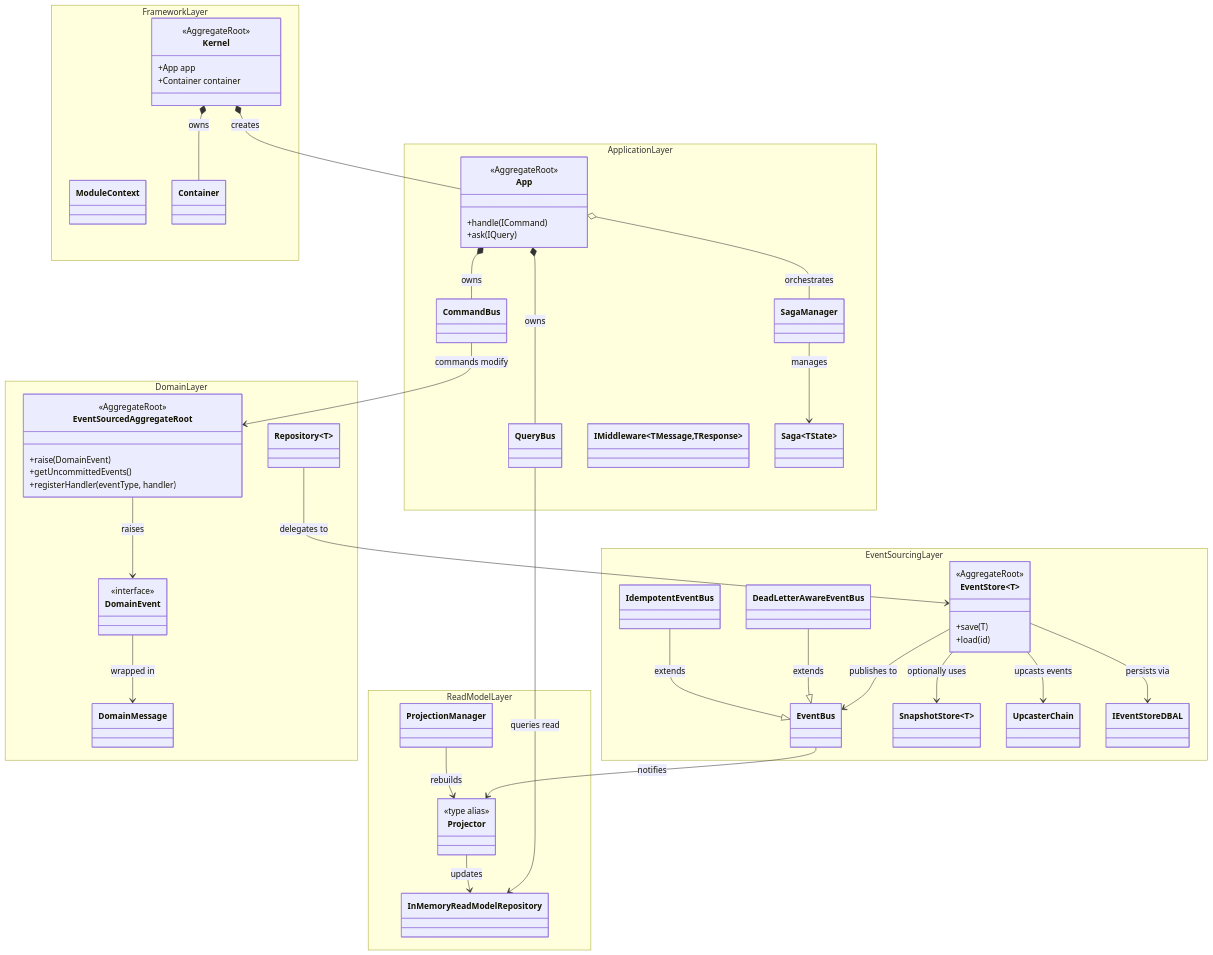
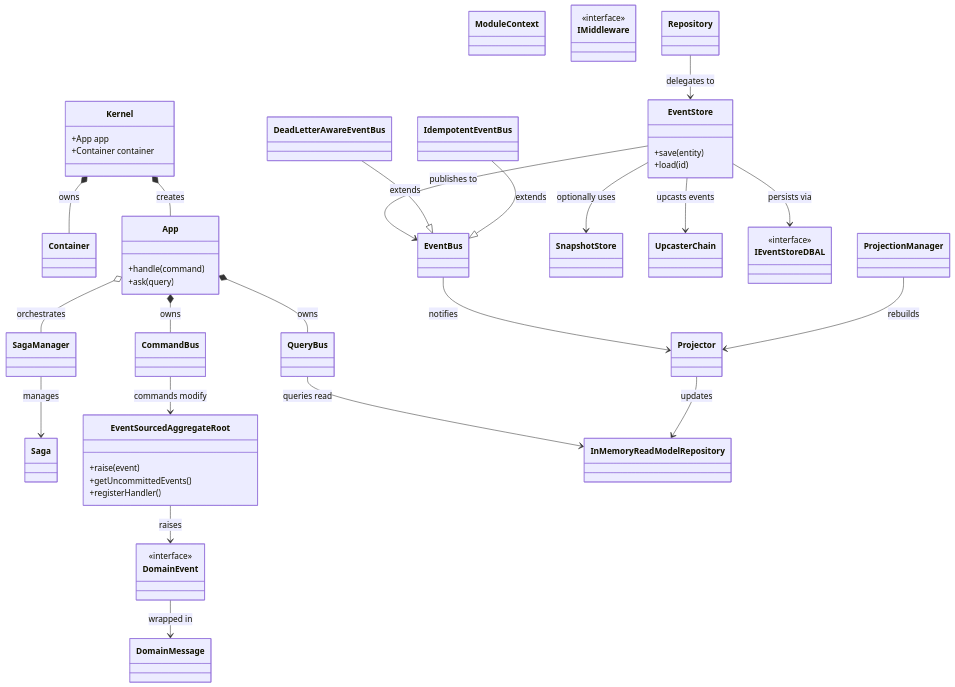
The diagram in docs/architecture/overview.md (jorge07/hollywood), drawn with Mermaid before and after one commit. The commit also changed other lines of this file and 72 other files, not shown here.

````diff
--- a/docs/architecture/overview.md
+++ b/docs/architecture/overview.md
@@ -9,65 +13,52 @@
 ```mermaid
 classDiagram
-    namespace FrameworkLayer {
-        class Kernel {
-            <<AggregateRoot>>
-            +App app
-            +Container container
-        }
-        class ModuleContext
-        class Container
+    class Kernel {
+        +App app
+        +Container container
+    }
+    class ModuleContext
+    class Container
+
+    class App {
+        +handle(command)
+        +ask(query)
+    }
+    class CommandBus
+    class QueryBus
+    class IMiddleware {
+        <<interface>>
+    }
+    class Saga
+    class SagaManager
+
+    class EventSourcedAggregateRoot {
+        +raise(event)
+        +getUncommittedEvents()
+        +registerHandler()
+    }
+    class Repository
+    class DomainEvent {
+        <<interface>>
+    }
+    class DomainMessage
+
+    class EventStore {
+        +save(entity)
+        +load(id)
+    }
+    class EventBus
+    class DeadLetterAwareEventBus
+    class IdempotentEventBus
+    class SnapshotStore
+    class UpcasterChain
+    class IEventStoreDBAL {
+        <<interface>>
     }
 
-    namespace ApplicationLayer {
-        class App {
-            <<AggregateRoot>>
-            +handle(ICommand)
-            +ask(IQuery)
-        }
-        class CommandBus
-        class QueryBus
-        class IMiddleware~TMessage,TResponse~
-        class Saga~TState~
-        class SagaManager
-    }
+    class Projector
+    class ProjectionManager
+    class InMemoryReadModelRepository
 
-    namespace DomainLayer {
-        class EventSourcedAggregateRoot {
-            <<AggregateRoot>>
-            +raise(DomainEvent)
-            +getUncommittedEvents()
-            +registerHandler(eventType, handler)
-        }
-        class Repository~T~
-        class DomainEvent {
-            <<interface>>
-        }
-        class DomainMessage
-    }
-
-    namespace EventSourcingLayer {
-        class EventStore~T~ {
-            <<AggregateRoot>>
-            +save(T)
-            +load(id)
-        }
-        class EventBus
-        class DeadLetterAwareEventBus
-        class IdempotentEventBus
-        class SnapshotStore~T~
-        class UpcasterChain
-        class IEventStoreDBAL
-    }
-
-    namespace ReadModelLayer {
-        class Projector {
-            <<type alias>>
-        }
-        class ProjectionManager
-        class InMemoryReadModelRepository
-    }
-
-    %% Cross-layer relationships
     Kernel *-- App : creates
     Kernel *-- Container : owns
 
````
